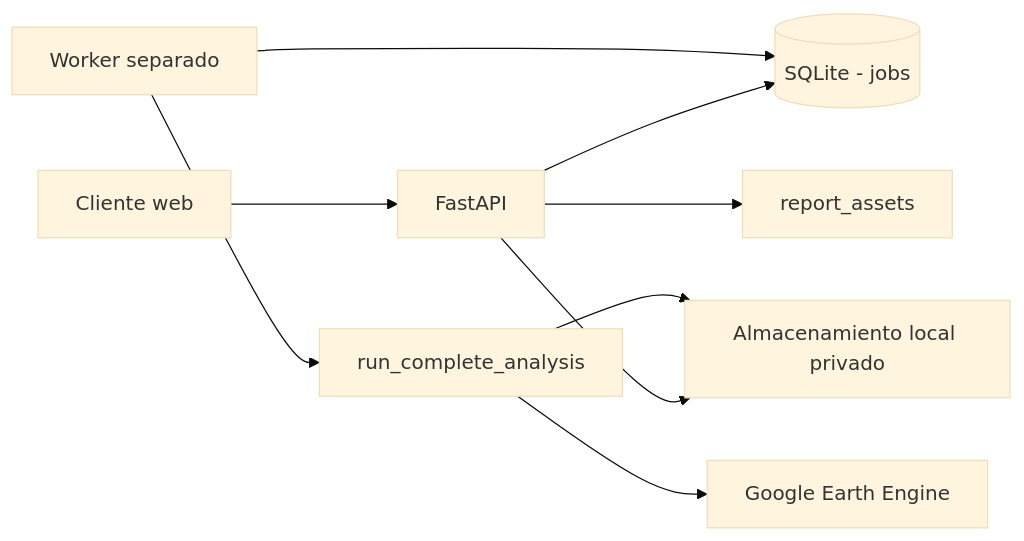
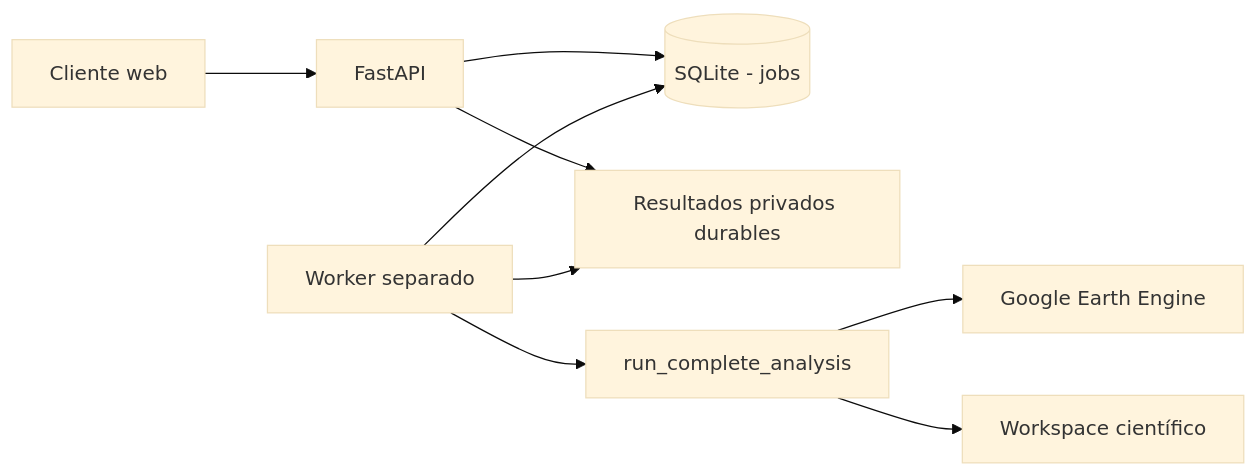
The first of 2 diagrams in API_CONTEXT.md (FacuBoladeras/deforestaciones-EUDR), drawn with Mermaid (base theme) before and after one commit. The commit also changed other lines of this file and 49 other files, not shown here.

````diff
--- a/API_CONTEXT.md
+++ b/API_CONTEXT.md
@@ -233,11 +242,11 @@
 ```mermaid
 flowchart LR
     C[Cliente web] --> A[FastAPI]
     A --> D[(SQLite - jobs)]
-    A --> F[Almacenamiento local privado]
+    A --> F[Resultados privados durables]
     W[Worker separado] --> D
     W --> P[run_complete_analysis]
     P --> G[Google Earth Engine]
-    P --> F
-    A --> R[report_assets]
+    P --> O[Workspace científico]
+    W --> F
 ```
````
